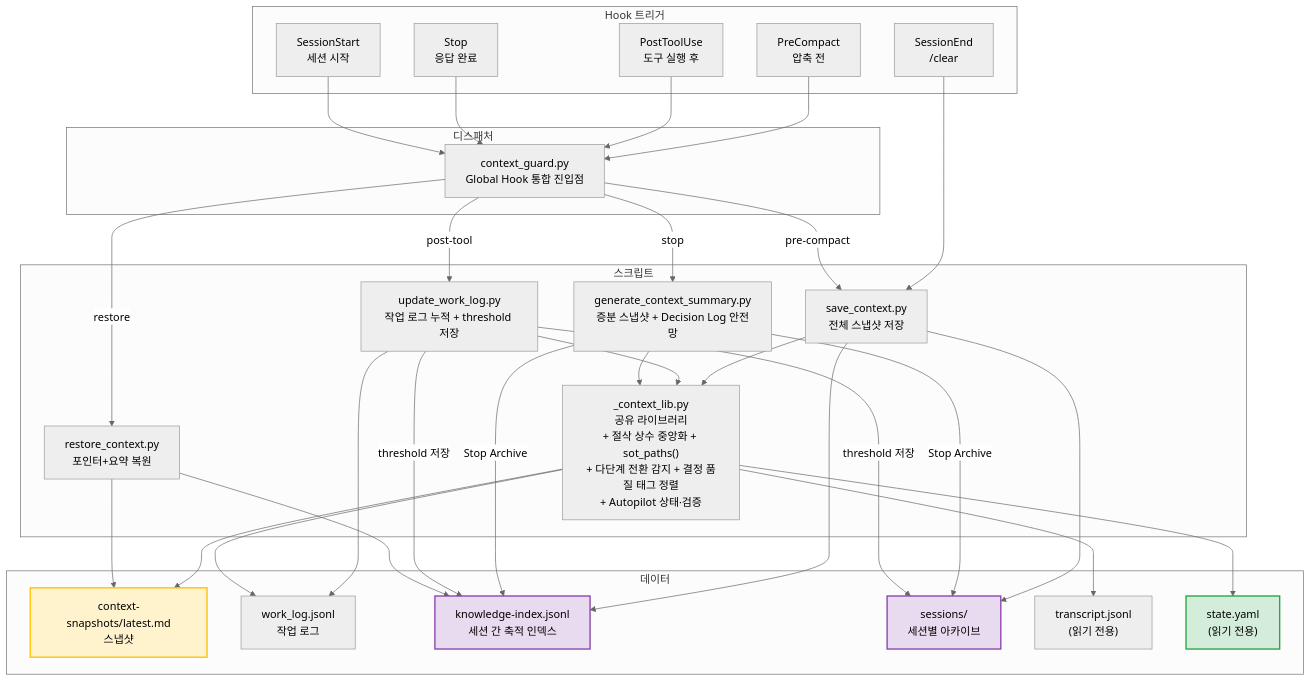
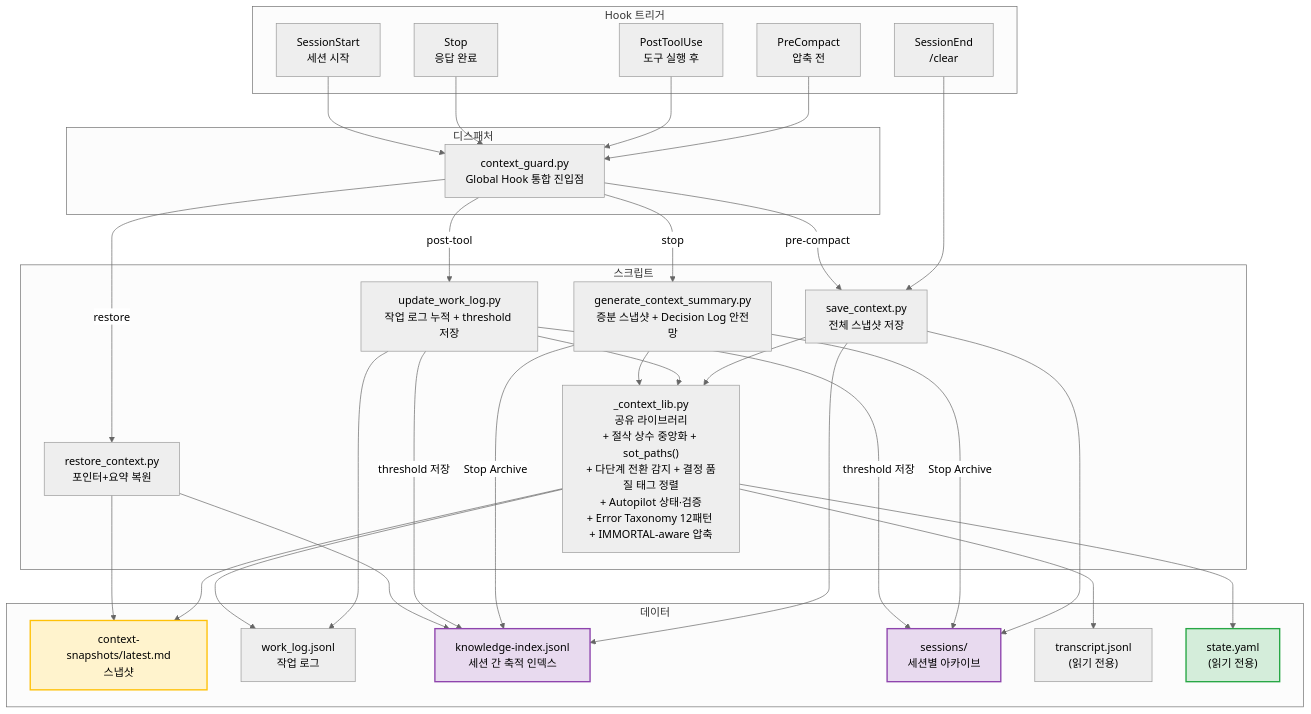
One commit to oogisoogi/AgenticWorkflow changed the sixth of 13 diagrams in AGENTICWORKFLOW-ARCHITECTURE-AND-PHILOSOPHY.md. Above: the diagram before and after it, drawn with Mermaid (neutral theme). The commit also changed other lines of this file and 7 other files, not shown here.

First line of the commit message:
docs: 전체 문서 동기화 — Knowledge Archive 신규 필드 + IMMORTAL 압축 + Error Taxonomy

````diff
--- a/AGENTICWORKFLOW-ARCHITECTURE-AND-PHILOSOPHY.md
+++ b/AGENTICWORKFLOW-ARCHITECTURE-AND-PHILOSOPHY.md
@@ -634,64 +636,64 @@
 ```mermaid
 graph TB
     subgraph "Hook 트리거"
         SE["SessionEnd<br/>/clear"]
         PC["PreCompact<br/>압축 전"]
         PTU["PostToolUse<br/>도구 실행 후"]
         ST["Stop<br/>응답 완료"]
         SS["SessionStart<br/>세션 시작"]
     end
 
     subgraph "디스패처"
         CG["context_guard.py<br/>Global Hook 통합 진입점"]
     end
 
     subgraph "스크립트"
         SAVE["save_context.py<br/>전체 스냅샷 저장"]
         UWL["update_work_log.py<br/>작업 로그 누적 + threshold 저장"]
         GCS["generate_context_summary.py<br/>증분 스냅샷 + Decision Log 안전망"]
         REST["restore_context.py<br/>포인터+요약 복원"]
-        LIB["_context_lib.py<br/>공유 라이브러리<br/>+ 절삭 상수 중앙화 + sot_paths()<br/>+ 다단계 전환 감지 + 결정 품질 태그 정렬<br/>+ Autopilot 상태·검증"]
+        LIB["_context_lib.py<br/>공유 라이브러리<br/>+ 절삭 상수 중앙화 + sot_paths()<br/>+ 다단계 전환 감지 + 결정 품질 태그 정렬<br/>+ Autopilot 상태·검증<br/>+ Error Taxonomy 12패턴 + IMMORTAL-aware 압축"]
     end
 
     subgraph "데이터"
         SNAP["context-snapshots/latest.md<br/>스냅샷"]
         WLOG["work_log.jsonl<br/>작업 로그"]
         KI["knowledge-index.jsonl<br/>세션 간 축적 인덱스"]
         SESS["sessions/<br/>세션별 아카이브"]
         TRANS["transcript.jsonl<br/>(읽기 전용)"]
         SOT2["state.yaml<br/>(읽기 전용)"]
     end
 
     SE --> SAVE
     PC --> CG
     PTU --> CG
     ST --> CG
     SS --> CG
     CG -->|pre-compact| SAVE
     CG -->|post-tool| UWL
     CG -->|stop| GCS
     CG -->|restore| REST
 
     SAVE --> LIB
     UWL --> LIB
     GCS --> LIB
 
     LIB --> TRANS
     LIB --> SOT2
     LIB --> SNAP
     UWL --> WLOG
     LIB --> WLOG
     SAVE --> KI
     SAVE --> SESS
     GCS -->|"Stop Archive"| KI
     GCS -->|"Stop Archive"| SESS
     UWL -->|"threshold 저장"| KI
     UWL -->|"threshold 저장"| SESS
     REST --> SNAP
     REST --> KI
 
     style SOT2 fill:#d4edda,stroke:#28a745,stroke-width:2px
     style SNAP fill:#fff3cd,stroke:#ffc107,stroke-width:2px
     style KI fill:#e8daef,stroke:#8e44ad,stroke-width:2px
     style SESS fill:#e8daef,stroke:#8e44ad,stroke-width:2px
 ```
````
